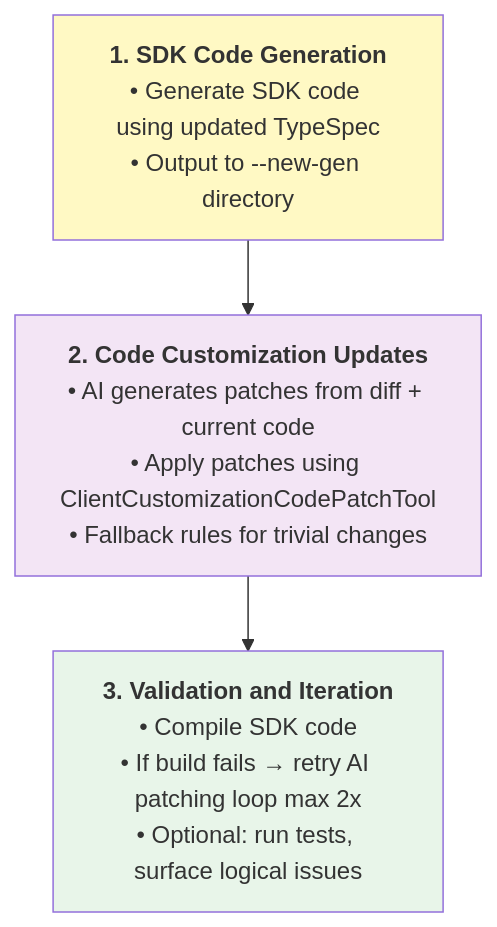
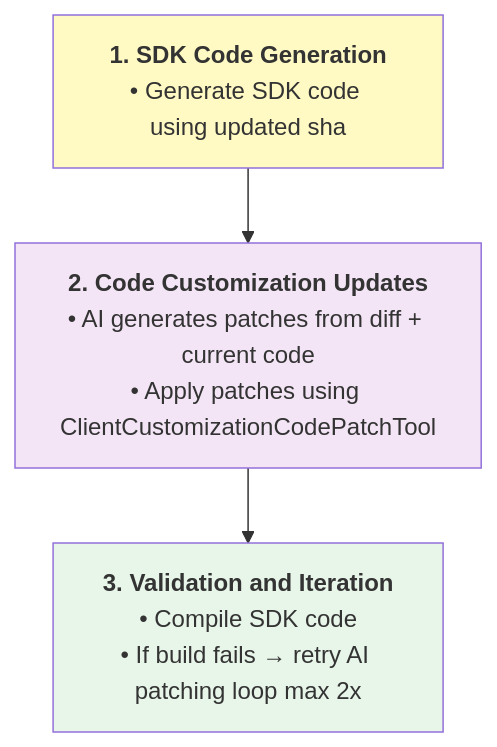
The first of 2 diagrams in tools/azsdk-cli/docs/specs/3-customizing-client-tsp.spec.md (Azure/azure-sdk-tools), drawn with Mermaid before and after one commit. The commit also changed other lines of this file, not shown here.

Commit message:
refresh customization spec for unified approach

````diff
--- a/tools/azsdk-cli/docs/specs/3-customizing-client-tsp.spec.md
+++ b/tools/azsdk-cli/docs/specs/3-customizing-client-tsp.spec.md
@@ -129,12 +189,12 @@
 ```mermaid
 flowchart TD
-    Gen[<b>1. SDK Code Generation</B><br/>• Generate SDK code using updated TypeSpec<br/>• Output to --new-gen directory]
+    Gen[<b>1. SDK Code Generation</B><br/>• Generate SDK code using updated sha<br/>]
 
-    Gen --> Patch[<b>2. Code Customization Updates</b><br/>• AI generates patches from diff + current code<br/>• Apply patches using ClientCustomizationCodePatchTool<br/>• Fallback rules for trivial changes]
+    Gen --> Patch[<b>2. Code Customization Updates</b><br/>• AI generates patches from diff + current code<br/>• Apply patches using ClientCustomizationCodePatchTool<br/>]
 
-    Patch --> Validate[<b>3. Validation and Iteration</b><br/>• Compile SDK code<br/>• If build fails → retry AI patching loop max 2x<br/>• Optional: run tests, surface logical issues]
+    Patch --> Validate[<b>3. Validation and Iteration</b><br/>• Compile SDK code<br/>• If build fails → retry AI patching loop max 2x<br/>]
 
     style Gen fill:#fff9c4
     style Patch fill:#f3e5f5
     style Validate fill:#e8f5e9
 ```
````
